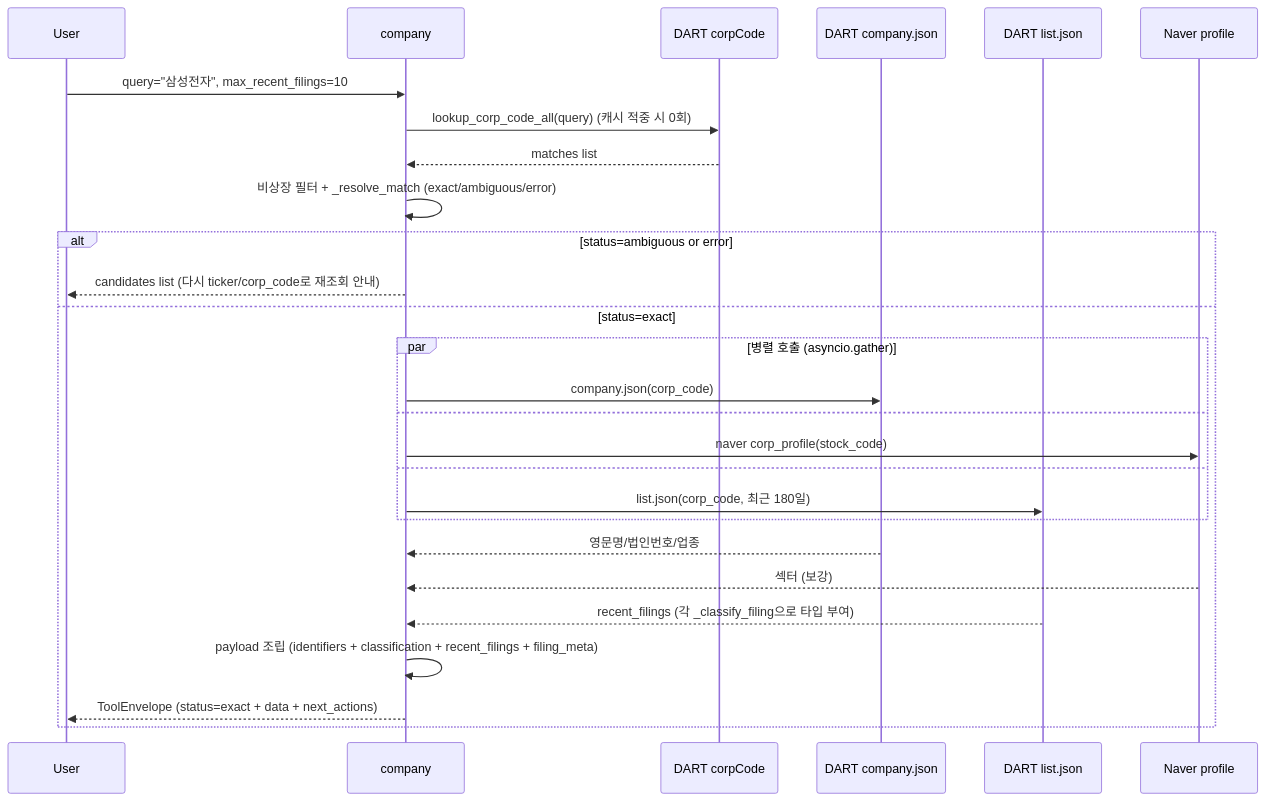
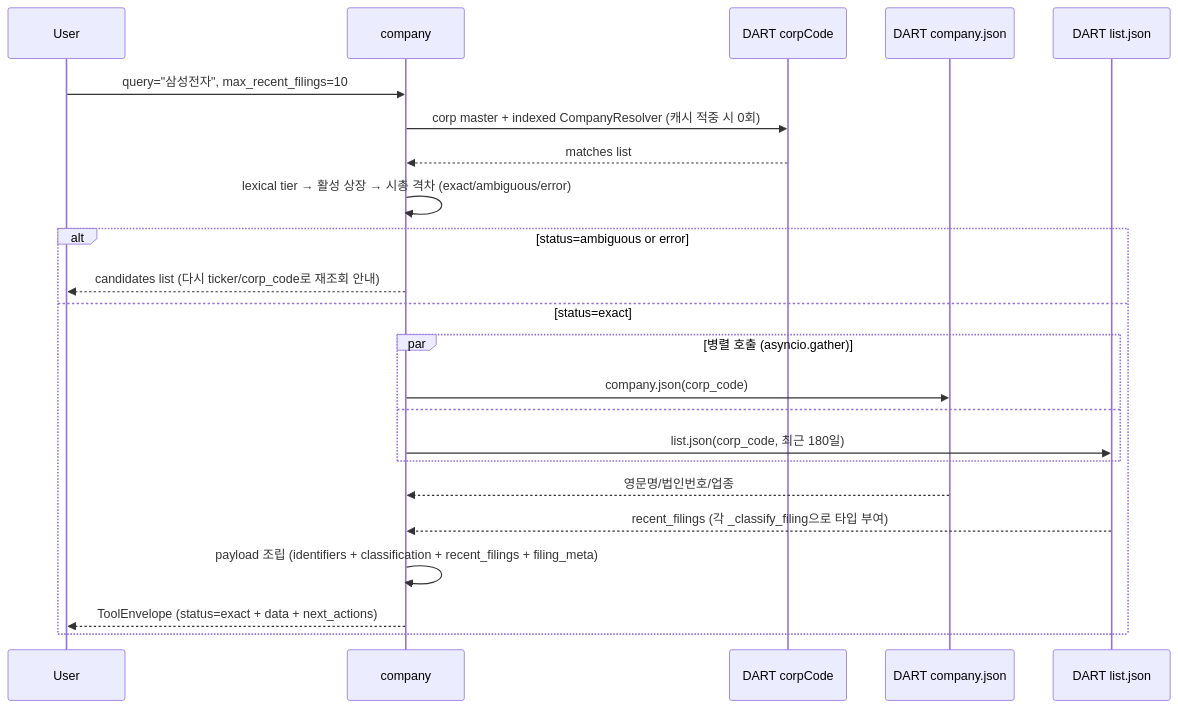
Before and after one commit to MarcoYou/open-proxy-mcp: the diagram in wiki/tools/company.md, drawn with Mermaid. The commit also changed other lines of this file and 6 other files, not shown here.

Commit message:
feat: add bilingual indexed company resolver

````diff
--- a/wiki/tools/company.md
+++ b/wiki/tools/company.md
@@ -74,29 +89,25 @@
 ```mermaid
 sequenceDiagram
     participant U as User
     participant T as company
     participant DC as DART corpCode
     participant DI as DART company.json
     participant DL as DART list.json
-    participant N as Naver profile
     U->>T: query="삼성전자", max_recent_filings=10
-    T->>DC: lookup_corp_code_all(query) (캐시 적중 시 0회)
+    T->>DC: corp master + indexed CompanyResolver (캐시 적중 시 0회)
     DC-->>T: matches list
-    T->>T: 비상장 필터 + _resolve_match (exact/ambiguous/error)
+    T->>T: lexical tier → 활성 상장 → 시총 격차 (exact/ambiguous/error)
     alt status=ambiguous or error
         T-->>U: candidates list (다시 ticker/corp_code로 재조회 안내)
     else status=exact
         par 병렬 호출 (asyncio.gather)
             T->>DI: company.json(corp_code)
         and
-            T->>N: naver corp_profile(stock_code)
-        and
             T->>DL: list.json(corp_code, 최근 180일)
         end
         DI-->>T: 영문명/법인번호/업종
-        N-->>T: 섹터 (보강)
         DL-->>T: recent_filings (각 _classify_filing으로 타입 부여)
         T->>T: payload 조립 (identifiers + classification + recent_filings + filing_meta)
         T-->>U: ToolEnvelope (status=exact + data + next_actions)
     end
 ```
````
